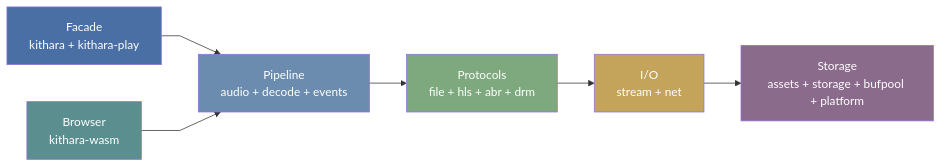
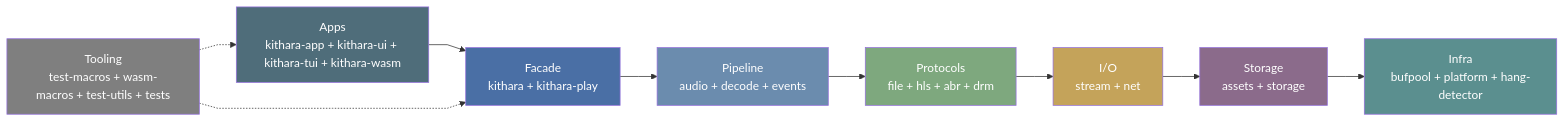
The diagram in README.md (zvuk/kithara), drawn with Mermaid before and after one commit. The commit also changed other lines of this file and 25 other files, not shown here.

````diff
--- a/README.md
+++ b/README.md
@@ -40,20 +39,26 @@
 ```mermaid
 %%{init: {"flowchart": {"curve": "linear"}} }%%
 flowchart LR
+    apps["Apps<br/>kithara-app + kithara-ui + kithara-tui + kithara-wasm"]
     facade["Facade<br/>kithara + kithara-play"]
     pipeline["Pipeline<br/>audio + decode + events"]
     protocols["Protocols<br/>file + hls + abr + drm"]
     io["I/O<br/>stream + net"]
-    storage["Storage<br/>assets + storage + bufpool + platform"]
-    wasm["Browser<br/>kithara-wasm"]
+    storage["Storage<br/>assets + storage"]
+    infra["Infra<br/>bufpool + platform + hang-detector"]
+    tooling["Tooling<br/>test-macros + wasm-macros + test-utils + tests"]
 
-    facade --> pipeline --> protocols --> io --> storage
-    wasm --> pipeline
+    apps --> facade
+    facade --> pipeline --> protocols --> io --> storage --> infra
+    tooling -.-> facade
+    tooling -.-> apps
 
+    style apps fill:#4f6d7a,color:#fff
     style facade fill:#4a6fa5,color:#fff
     style pipeline fill:#6b8cae,color:#fff
     style protocols fill:#7ea87e,color:#fff
     style io fill:#c4a35a,color:#fff
     style storage fill:#8b6b8b,color:#fff
-    style wasm fill:#5b8f8f,color:#fff
+    style infra fill:#5b8f8f,color:#fff
+    style tooling fill:#7f7f7f,color:#fff
 ```
````
